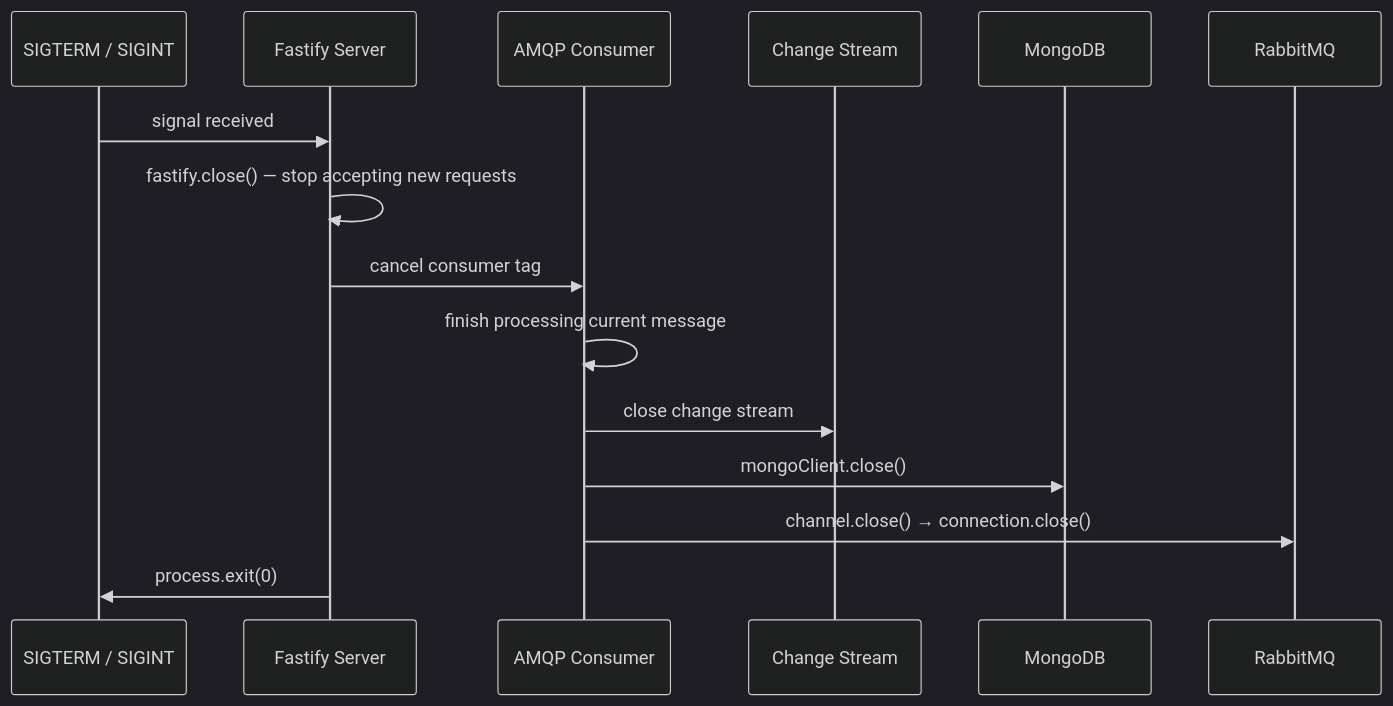
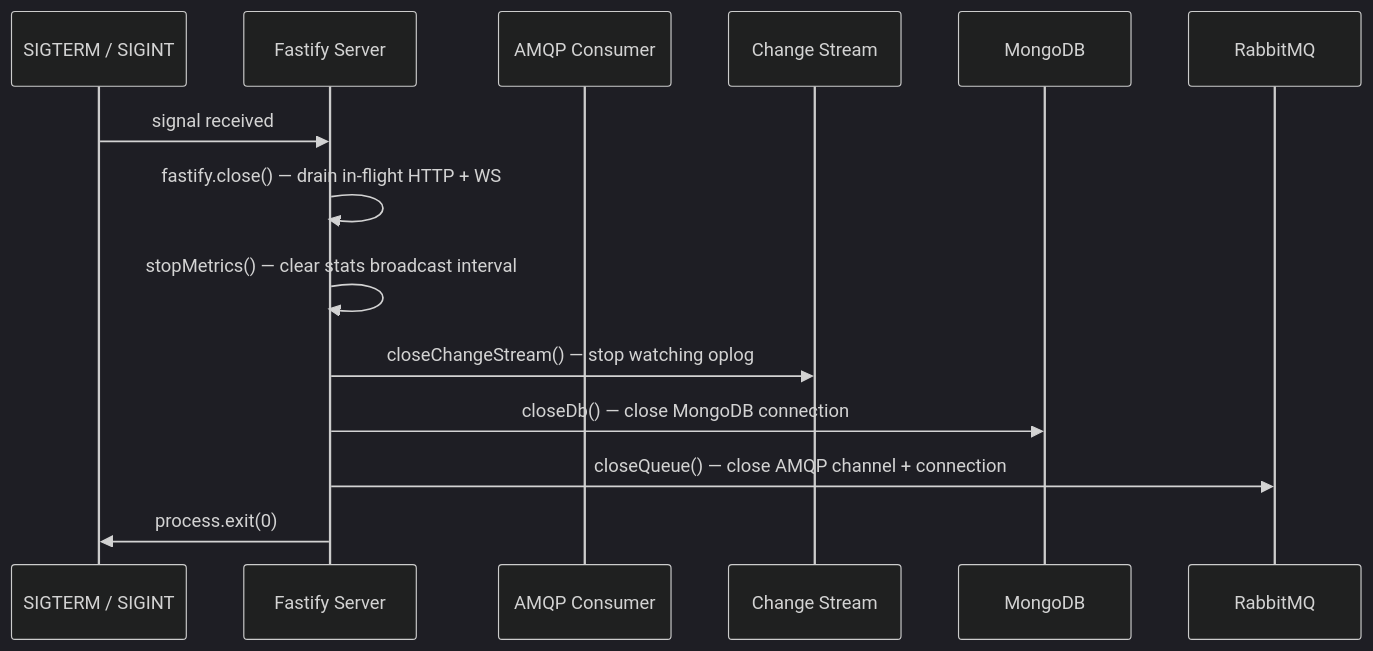
The fourth of 4 diagrams in docs/ARCHITECTURE.md (obrienma/EventHorizon), drawn with Mermaid (dark theme) before and after one commit. The commit also changed other lines of this file and 12 other files, not shown here.

First line of the commit message:
feat(observation): implement metrics plane — sliding window stats, lag, tests

````diff
--- a/docs/ARCHITECTURE.md
+++ b/docs/ARCHITECTURE.md
@@ -145,18 +145,17 @@
 ```mermaid
 sequenceDiagram
     participant OS as SIGTERM / SIGINT
     participant Server as Fastify Server
     participant Worker as AMQP Consumer
     participant CS as Change Stream
     participant Mongo as MongoDB
     participant RMQ as RabbitMQ
 
     OS->>Server: signal received
-    Server->>Server: fastify.close() — stop accepting new requests
-    Server->>Worker: cancel consumer tag
-    Worker->>Worker: finish processing current message
-    Worker->>CS: close change stream
-    Worker->>Mongo: mongoClient.close()
-    Worker->>RMQ: channel.close() → connection.close()
+    Server->>Server: fastify.close() — drain in-flight HTTP + WS
+    Server->>Server: stopMetrics() — clear stats broadcast interval
+    Server->>CS: closeChangeStream() — stop watching oplog
+    Server->>Mongo: closeDb() — close MongoDB connection
+    Server->>RMQ: closeQueue() — close AMQP channel + connection
     Server->>OS: process.exit(0)
 ```
````
